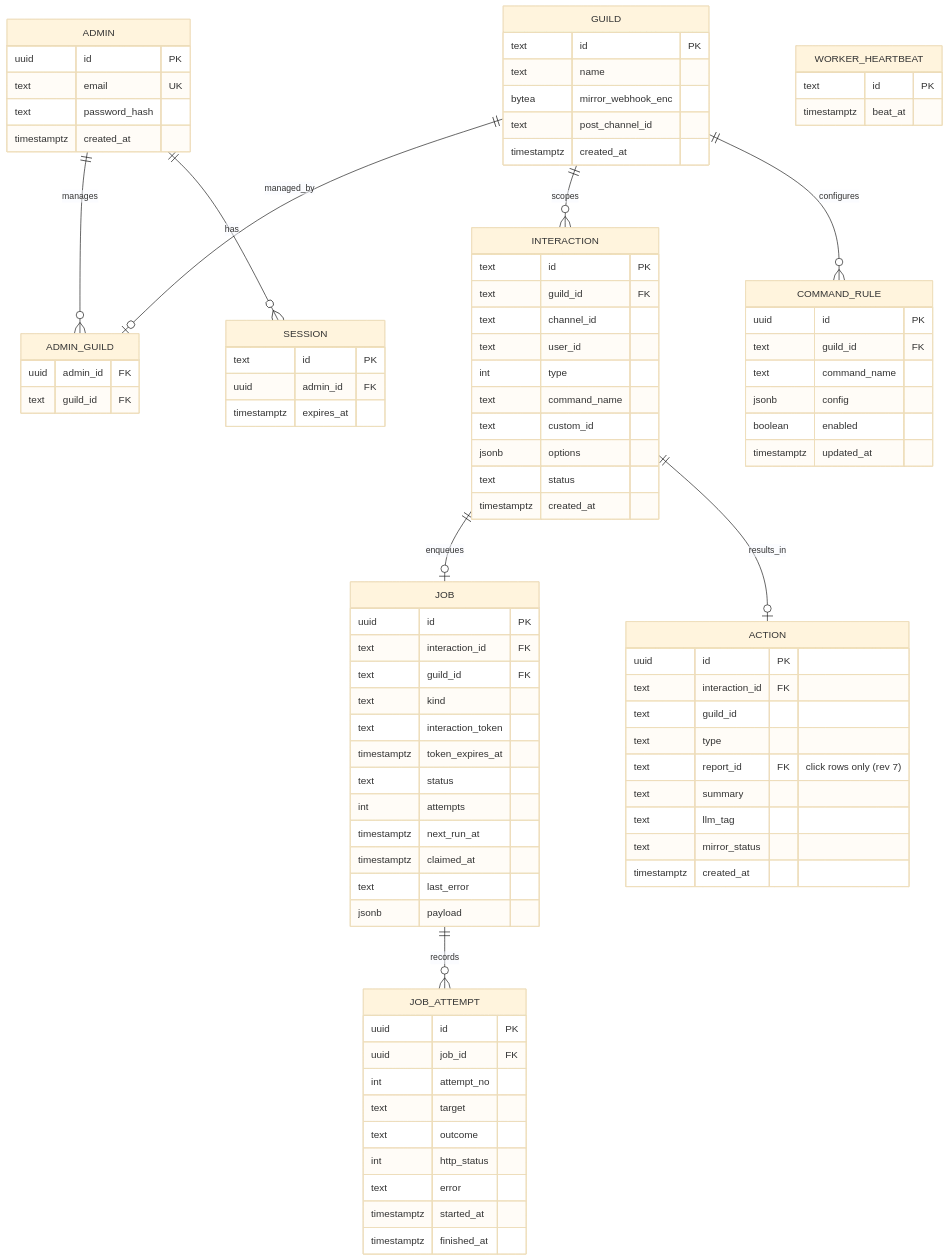
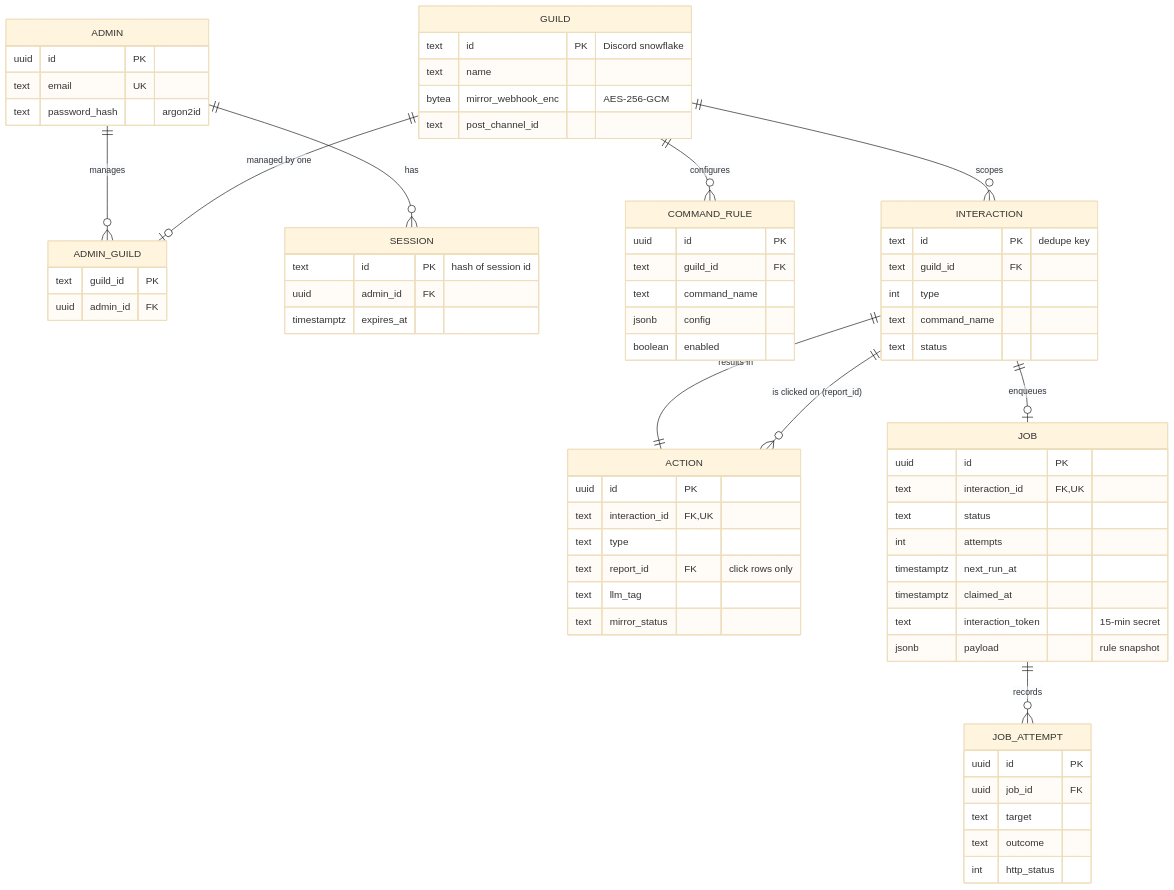
Before and after one commit to RohanUrankar/discord-report-line: the ninth of 17 diagrams in architecture/docs/DESIGN.md, drawn with Mermaid (base theme). The commit also changed other lines of this file, not shown here.

````diff
--- a/architecture/docs/DESIGN.md
+++ b/architecture/docs/DESIGN.md
@@ -679,87 +662,66 @@
 ```mermaid
 erDiagram
     ADMIN ||--o{ ADMIN_GUILD : manages
-    GUILD ||--o| ADMIN_GUILD : managed_by
+    GUILD ||--o| ADMIN_GUILD : "managed by one"
+    ADMIN ||--o{ SESSION : has
+    GUILD ||--o{ COMMAND_RULE : configures
     GUILD ||--o{ INTERACTION : scopes
-    GUILD ||--o{ COMMAND_RULE : configures
-    ADMIN ||--o{ SESSION : has
+    INTERACTION ||--|| ACTION : "results in"
     INTERACTION ||--o| JOB : enqueues
     JOB ||--o{ JOB_ATTEMPT : records
-    INTERACTION ||--o| ACTION : results_in
+    INTERACTION ||--o{ ACTION : "is clicked on (report_id)"
 
     GUILD {
-        text id PK
+        text id PK "Discord snowflake"
         text name
-        bytea mirror_webhook_enc
+        bytea mirror_webhook_enc "AES-256-GCM"
         text post_channel_id
-        timestamptz created_at
     }
     ADMIN {
         uuid id PK
         text email UK
-        text password_hash
-        timestamptz created_at
+        text password_hash "argon2id"
     }
     ADMIN_GUILD {
+        text guild_id PK
         uuid admin_id FK
-        text guild_id FK
     }
     SESSION {
-        text id PK
+        text id PK "hash of session id"
         uuid admin_id FK
         timestamptz expires_at
     }
     INTERACTION {
-        text id PK
+        text id PK "dedupe key"
         text guild_id FK
-        text channel_id
-        text user_id
         int type
         text command_name
-        text custom_id
-        jsonb options
         text status
-        timestamptz created_at
+    }
+    ACTION {
+        uuid id PK
+        text interaction_id FK, UK
+        text type
+        text report_id FK "click rows only"
+        text llm_tag
+        text mirror_status
     }
     JOB {
         uuid id PK
-        text interaction_id FK
-        text guild_id FK
-        text kind
-        text interaction_token
-        timestamptz token_expires_at
+        text interaction_id FK, UK
         text status
         int attempts
         timestamptz next_run_at
         timestamptz claimed_at
-        text last_error
-        jsonb payload
-    }
-    WORKER_HEARTBEAT {
-        text id PK
-        timestamptz beat_at
+        text interaction_token "15-min secret"
+        jsonb payload "rule snapshot"
     }
     JOB_ATTEMPT {
         uuid id PK
         uuid job_id FK
-        int attempt_no
         text target
         text outcome
         int http_status
-        text error
-        timestamptz started_at
-        timestamptz finished_at
-    }
-    ACTION {
-        uuid id PK
-        text interaction_id FK
-        text guild_id
-        text type
-        text report_id FK "click rows only (rev 7)"
-        text summary
-        text llm_tag
-        text mirror_status
-        timestamptz created_at
     }
     COMMAND_RULE {
         uuid id PK
@@ -767,6 +729,5 @@
         text command_name
         jsonb config
         boolean enabled
-        timestamptz updated_at
     }
 ```
````
